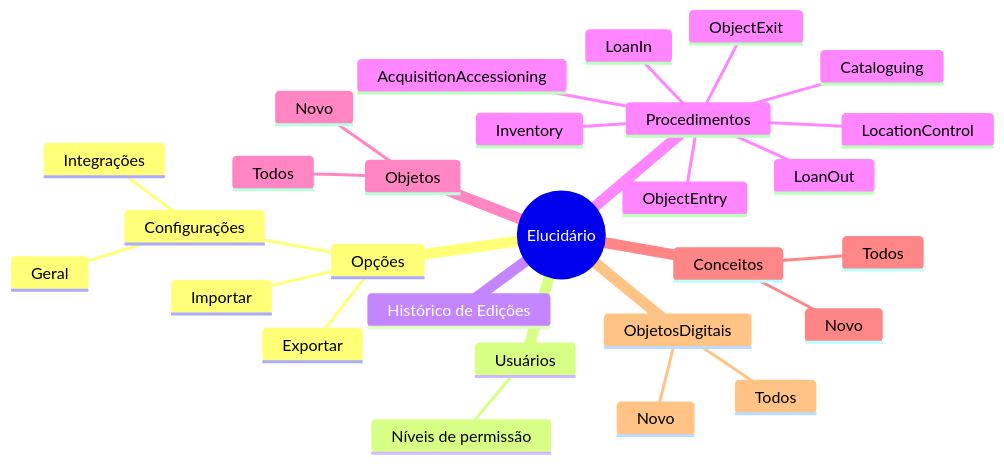
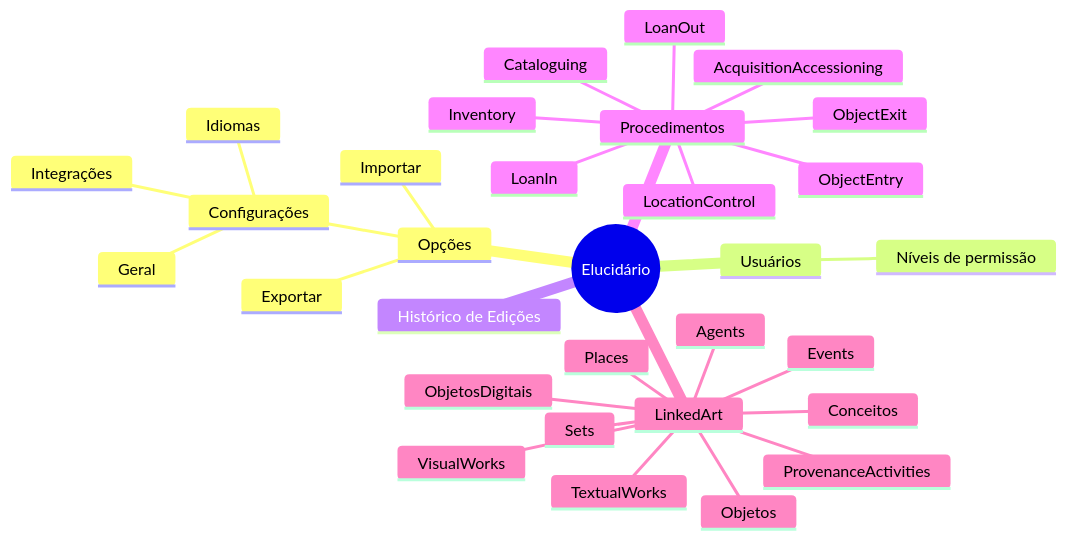
The diagram in publications/dissertacao-mestrado/content/pt-br/elucidario/elucidario-mermaid.md (hgodinho/elucidario), drawn with Mermaid before and after one commit. The commit also changed 19 other files, not shown here.

````diff
--- a/publications/dissertacao-mestrado/content/pt-br/elucidario/elucidario-mermaid.md
+++ b/publications/dissertacao-mestrado/content/pt-br/elucidario/elucidario-mermaid.md
@@ -1,32 +1,35 @@
 ```mermaid
     mindmap
         root((Elucidário))
             Opções
                 Importar
                 Exportar
                 Configurações
                     Geral
+                    Idiomas
                     Integrações
             Usuários
                 Níveis de permissão
             Histórico de Edições
             Procedimentos
                 ObjectEntry
                 AcquisitionAccessioning
                 LocationControl
                 Inventory
                 Cataloguing
                 ObjectExit
                 LoanIn
                 LoanOut
-            Objetos
-                Todos
-                Novo
-            Conceitos
-                Todos
-                Novo
-            ObjetosDigitais
-                Todos
-                Novo
+            LinkedArt
+                Objetos
+                Conceitos
+                ObjetosDigitais
+                TextualWorks
+                VisualWorks
+                Agents
+                Places
+                Events
+                Sets
+                ProvenanceActivities
 
 ```
````
